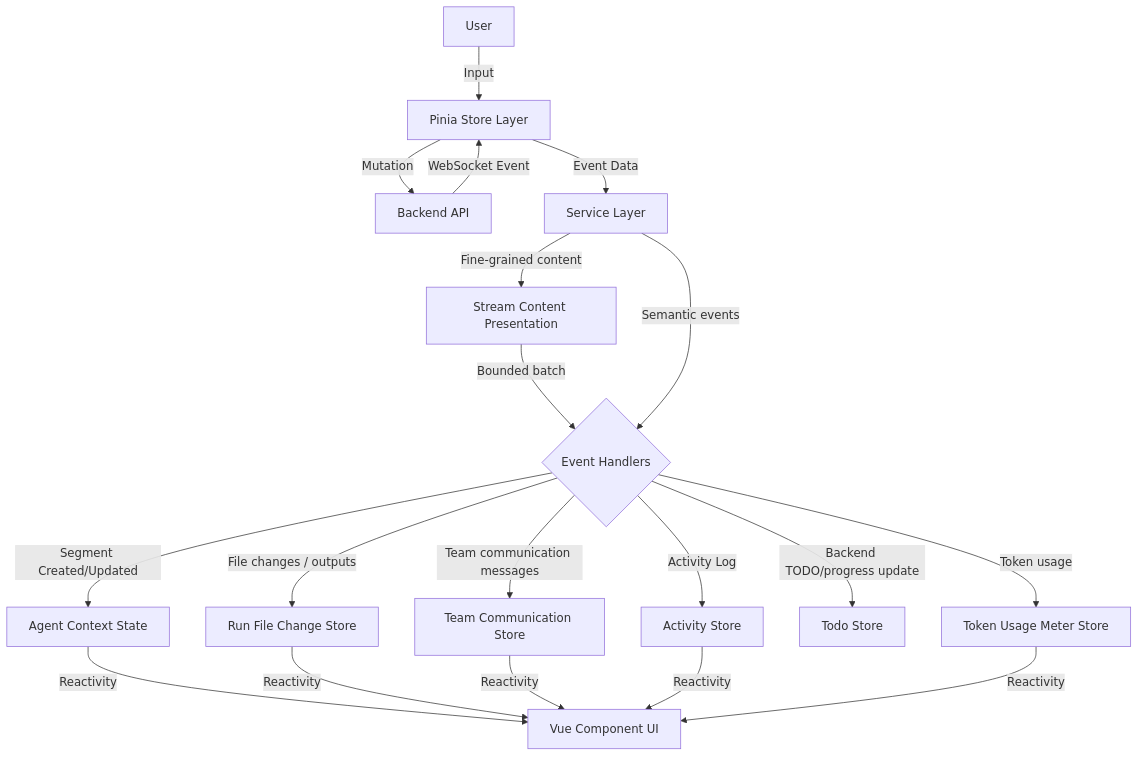
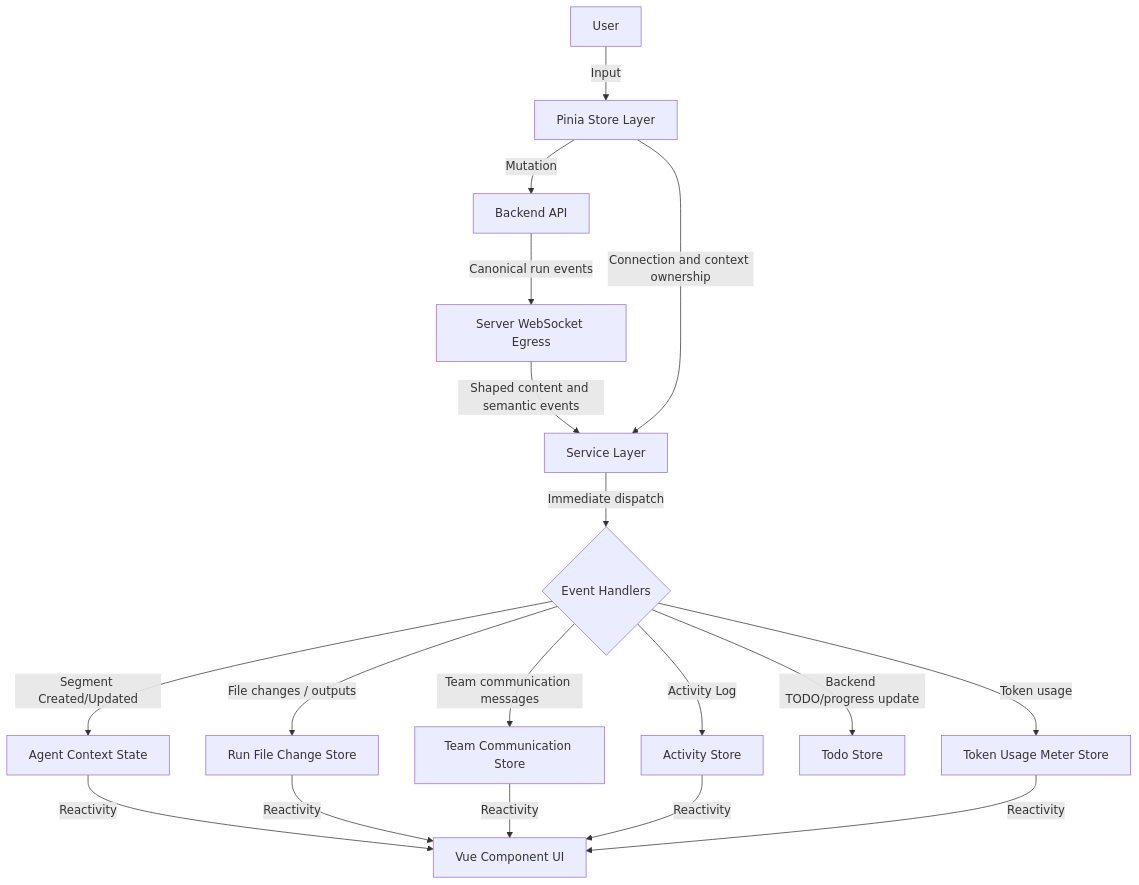
Before and after one commit to AutoByteus/autobyteus-workspace: the diagram in autobyteus-web/docs/agent_execution_architecture.md, drawn with Mermaid. The commit also changed other lines of this file and 55 other files, not shown here.

````diff
--- a/autobyteus-web/docs/agent_execution_architecture.md
+++ b/autobyteus-web/docs/agent_execution_architecture.md
@@ -15,24 +18,22 @@
 ```mermaid
 graph TD
     User-->|Input| Store[Pinia Store Layer]
     Store-->|Mutation| Backend[Backend API]
-    Backend-->|WebSocket Event| Store
-    Store-->|Event Data| Service[Service Layer]
-
-    Service-->|Fine-grained content| Presentation[Stream Content Presentation]
-    Presentation-->|Bounded batch| Handler{Event Handlers}
-    Service-->|Semantic events| Handler
+    Backend-->|Canonical run events| Egress[Server WebSocket Egress]
+    Egress-->|Shaped content and semantic events| Service[Service Layer]
+    Store-->|Connection and context ownership| Service
+    Service-->|Immediate dispatch| Handler{Event Handlers}
 
     Handler-->|Segment Created/Updated| Context[Agent Context State]
     Handler-->|File changes / outputs| RunFileChangeStore[Run File Change Store]
     Handler-->|Team communication messages| TeamCommunicationStore[Team Communication Store]
     Handler-->|Activity Log| ActivityStore[Activity Store]
     Handler-->|Backend TODO/progress update| TodoStore[Todo Store]
     Handler-->|Token usage| UsageMeterStore[Token Usage Meter Store]
 
     Context-->|Reactivity| UI[Vue Component UI]
     RunFileChangeStore-->|Reactivity| UI
     TeamCommunicationStore-->|Reactivity| UI
     ActivityStore-->|Reactivity| UI
     UsageMeterStore-->|Reactivity| UI
 ```
````
